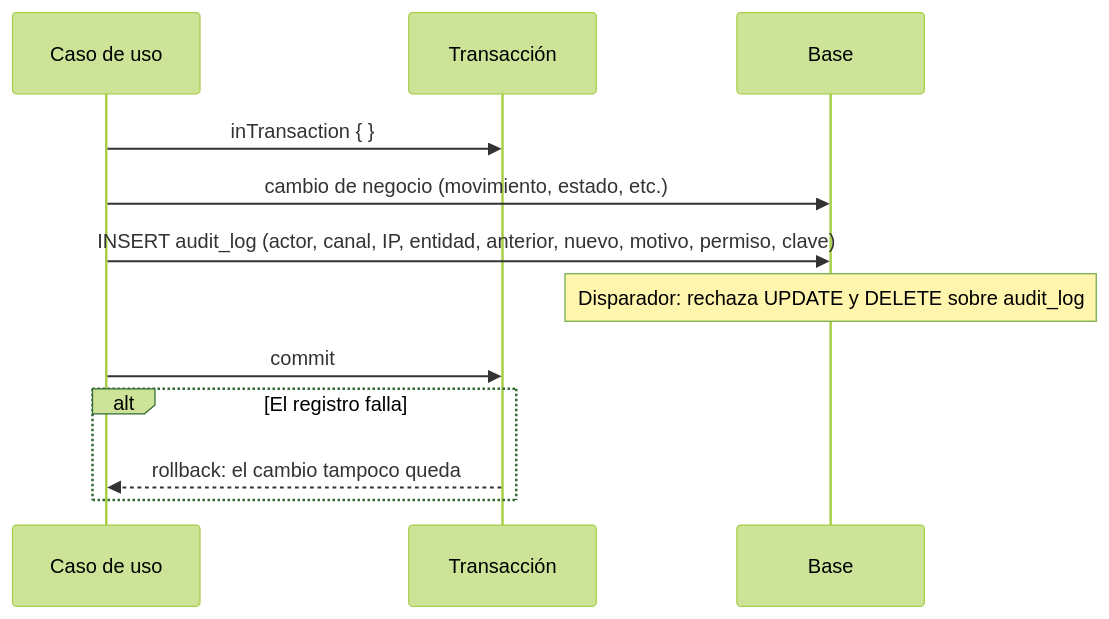
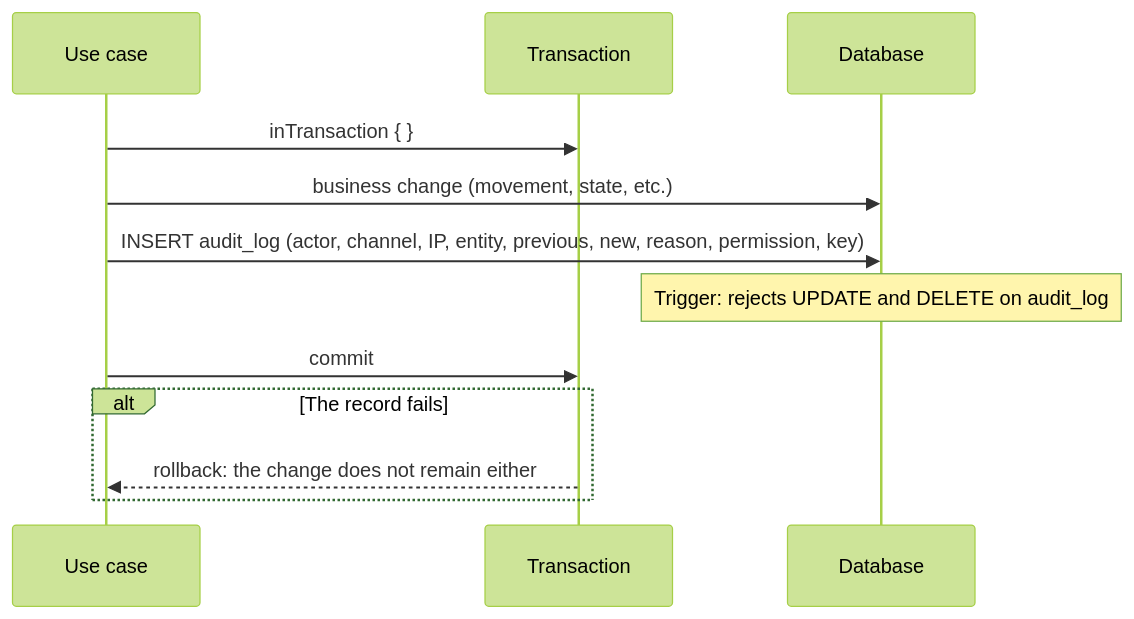
Before and after one commit to maag070208/AXZY_STOCK_FLOW: the diagram in docs/flujos/auditoria.md, drawn with Mermaid (forest theme). The commit also changed other lines of this file and 89 other files, not shown here.

````diff
--- a/docs/flujos/auditoria.md
+++ b/docs/flujos/auditoria.md
@@ -24,15 +24,15 @@
 ```mermaid
 sequenceDiagram
-    participant UC as Caso de uso
-    participant TX as Transacción
-    participant DB as Base
+    participant UC as Use case
+    participant TX as Transaction
+    participant DB as Database
 
     UC->>TX: inTransaction { }
-    UC->>DB: cambio de negocio (movimiento, estado, etc.)
-    UC->>DB: INSERT audit_log (actor, canal, IP, entidad, anterior, nuevo, motivo, permiso, clave)
-    Note over DB: Disparador: rechaza UPDATE y DELETE sobre audit_log
+    UC->>DB: business change (movement, state, etc.)
+    UC->>DB: INSERT audit_log (actor, channel, IP, entity, previous, new, reason, permission, key)
+    Note over DB: Trigger: rejects UPDATE and DELETE on audit_log
     UC->>TX: commit
-    alt El registro falla
-        TX-->>UC: rollback: el cambio tampoco queda
+    alt The record fails
+        TX-->>UC: rollback: the change does not remain either
     end
 ```
````
